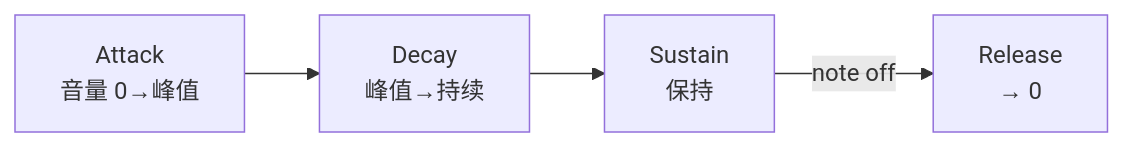
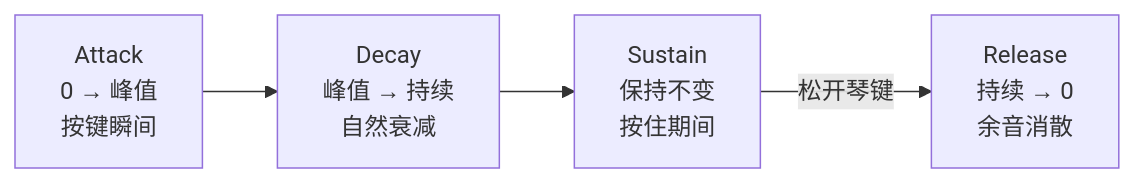
Before and after one commit to FASTSHIFT/MidiPlayer: the third of 4 diagrams in README.md, drawn with Mermaid. The commit also changed other lines of this file and 8 other files, not shown here.

````diff
--- a/README.md
+++ b/README.md
@@ -82,6 +91,6 @@
 ```mermaid
 graph LR
-    A["Attack<br/>音量 0→峰值"] --> D["Decay<br/>峰值→持续"]
-    D --> S["Sustain<br/>保持"]
-    S --> |"note off"| R["Release<br/>→ 0"]
+    A["Attack<br/>0 → 峰值<br/>按键瞬间"] --> D["Decay<br/>峰值 → 持续<br/>自然衰减"]
+    D --> S["Sustain<br/>保持不变<br/>按住期间"]
+    S --> |"松开琴键"| R["Release<br/>持续 → 0<br/>余音消散"]
 ```
````
